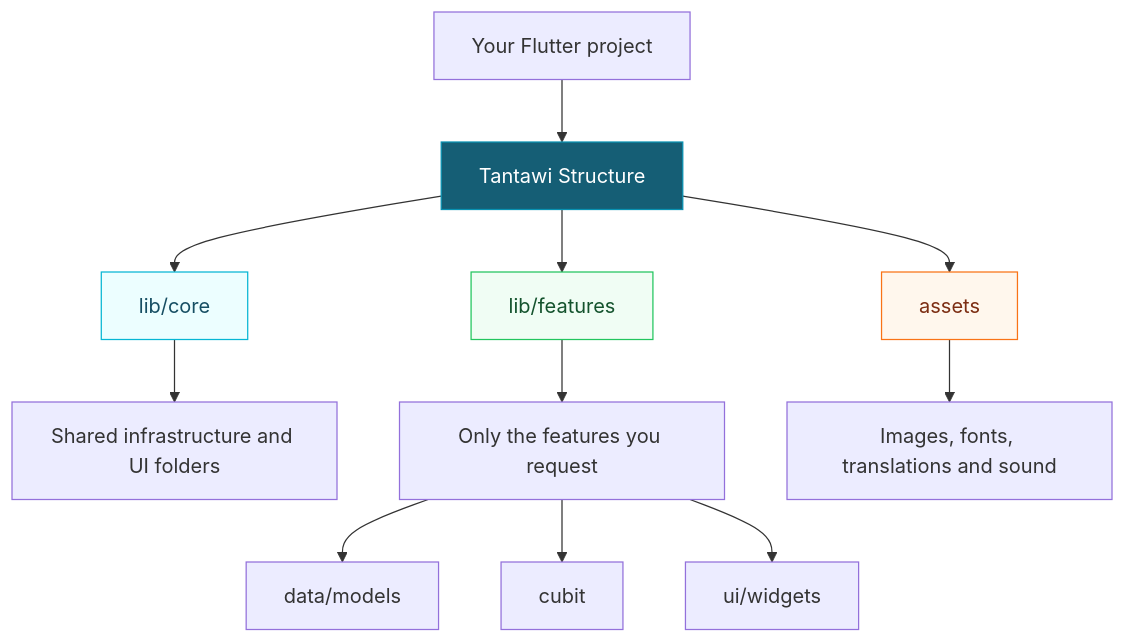
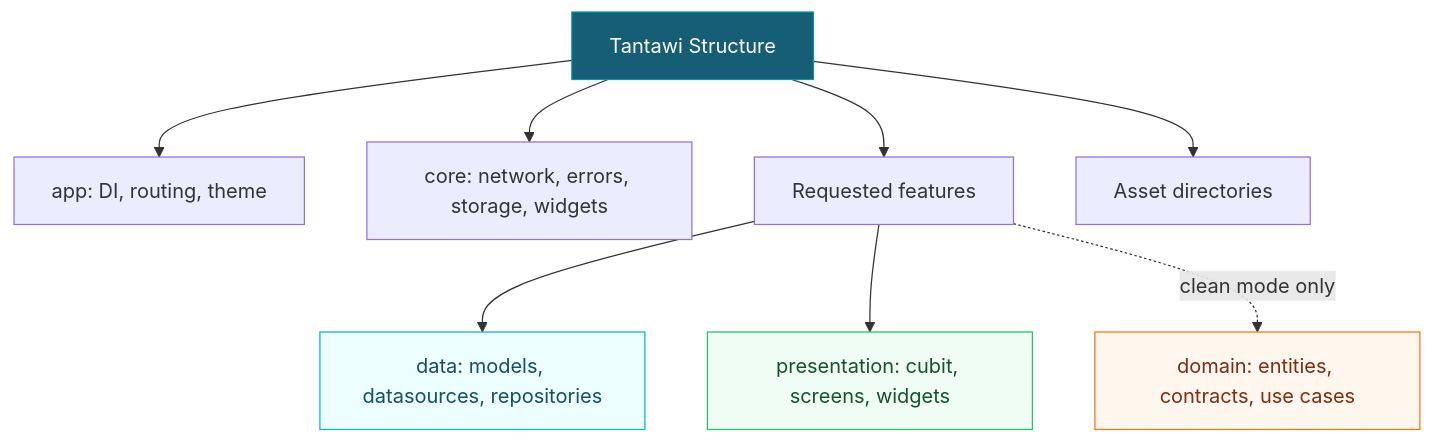
Before and after one commit to Tantawiiii/tantawi-structure: the diagram in README.md, drawn with Mermaid. The commit also changed other lines of this file and 4 other files, not shown here.

````diff
--- a/README.md
+++ b/README.md
@@ -31,18 +31,14 @@
 ```mermaid
 flowchart TD
-    A[Your Flutter project] --> B[Tantawi Structure]
-    B --> C[lib/core]
-    B --> D[lib/features]
-    B --> E[assets]
-    C --> F[Shared infrastructure and UI folders]
-    D --> G[Only the features you request]
-    G --> H[data/models]
-    G --> I[cubit]
-    G --> J[ui/widgets]
-    E --> K[Images, fonts, translations and sound]
-
-    style B fill:#155e75,color:#ffffff,stroke:#0891b2
-    style C fill:#ecfeff,color:#164e63,stroke:#06b6d4
-    style D fill:#f0fdf4,color:#14532d,stroke:#22c55e
-    style E fill:#fff7ed,color:#7c2d12,stroke:#f97316
+    A[Tantawi Structure] --> B[app: DI, routing, theme]
+    A --> C[core: network, errors, storage, widgets]
+    A --> D[Requested features]
+    A --> E[Asset directories]
+    D --> F[data: models, datasources, repositories]
+    D --> G[presentation: cubit, screens, widgets]
+    D -. clean mode only .-> H[domain: entities, contracts, use cases]
+    style A fill:#155e75,color:#ffffff,stroke:#0891b2
+    style F fill:#ecfeff,color:#164e63,stroke:#06b6d4
+    style G fill:#f0fdf4,color:#14532d,stroke:#22c55e
+    style H fill:#fff7ed,color:#7c2d12,stroke:#f97316
 ```
````
